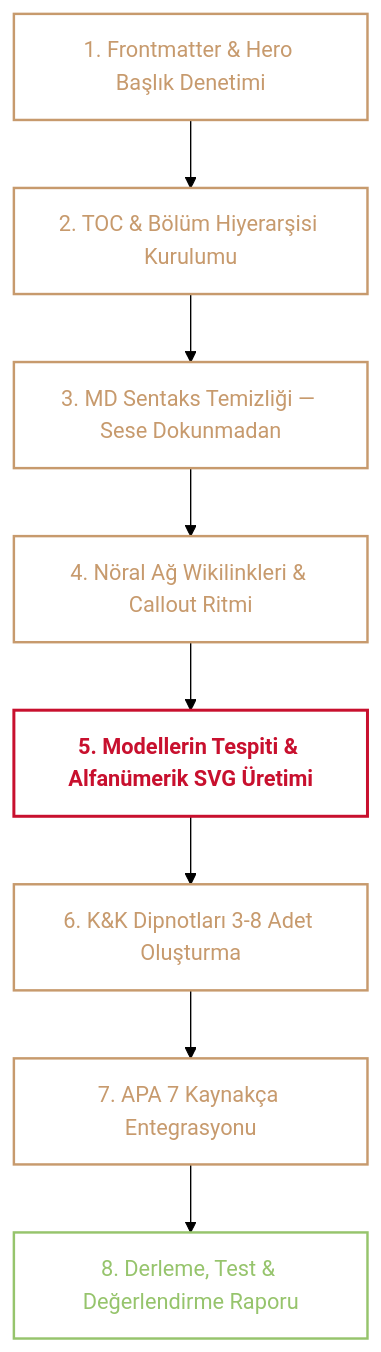
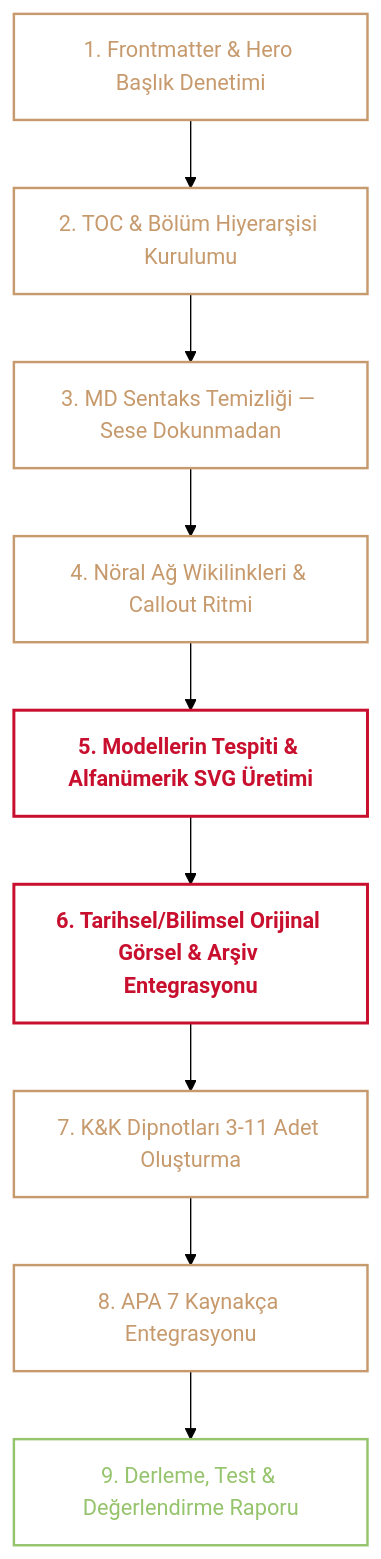
Before and after one commit to fishcik/quartz: the diagram in SİKİLDİ.md, drawn with Mermaid (forest theme). The commit also changed other lines of this file and 21 other files, not shown here.

````diff
--- a/SİKİLDİ.md
+++ b/SİKİLDİ.md
@@ -286,14 +315,15 @@
 ```mermaid
 flowchart TD
   classDef cardinal fill:none,stroke:#C8102E,stroke-width:2.2px,color:#C8102E,font-weight:bold;
   classDef sepia fill:none,stroke:#c79a6d,stroke-width:1.8px,color:#c79a6d;
   classDef sage fill:none,stroke:#96c46c,stroke-width:1.8px,color:#96c46c;
 
   A[1. Frontmatter & Hero Başlık Denetimi]:::sepia --> B[2. TOC & Bölüm Hiyerarşisi Kurulumu]:::sepia
   B --> C[3. MD Sentaks Temizliği — Sese Dokunmadan]:::sepia
   C --> D[4. Nöral Ağ Wikilinkleri & Callout Ritmi]:::sepia
   D --> E[5. Modellerin Tespiti & Alfanümerik SVG Üretimi]:::cardinal
-  E --> F[6. K&K Dipnotları 3-8 Adet Oluşturma]:::sepia
-  F --> G[7. APA 7 Kaynakça Entegrasyonu]:::sepia
-  G --> H[8. Derleme, Test & Değerlendirme Raporu]:::sage
+  E --> F[6. Tarihsel/Bilimsel Orijinal Görsel & Arşiv Entegrasyonu]:::cardinal
+  F --> G[7. K&K Dipnotları 3-11 Adet Oluşturma]:::sepia
+  G --> H[8. APA 7 Kaynakça Entegrasyonu]:::sepia
+  H --> I[9. Derleme, Test & Değerlendirme Raporu]:::sage
 ```
````
